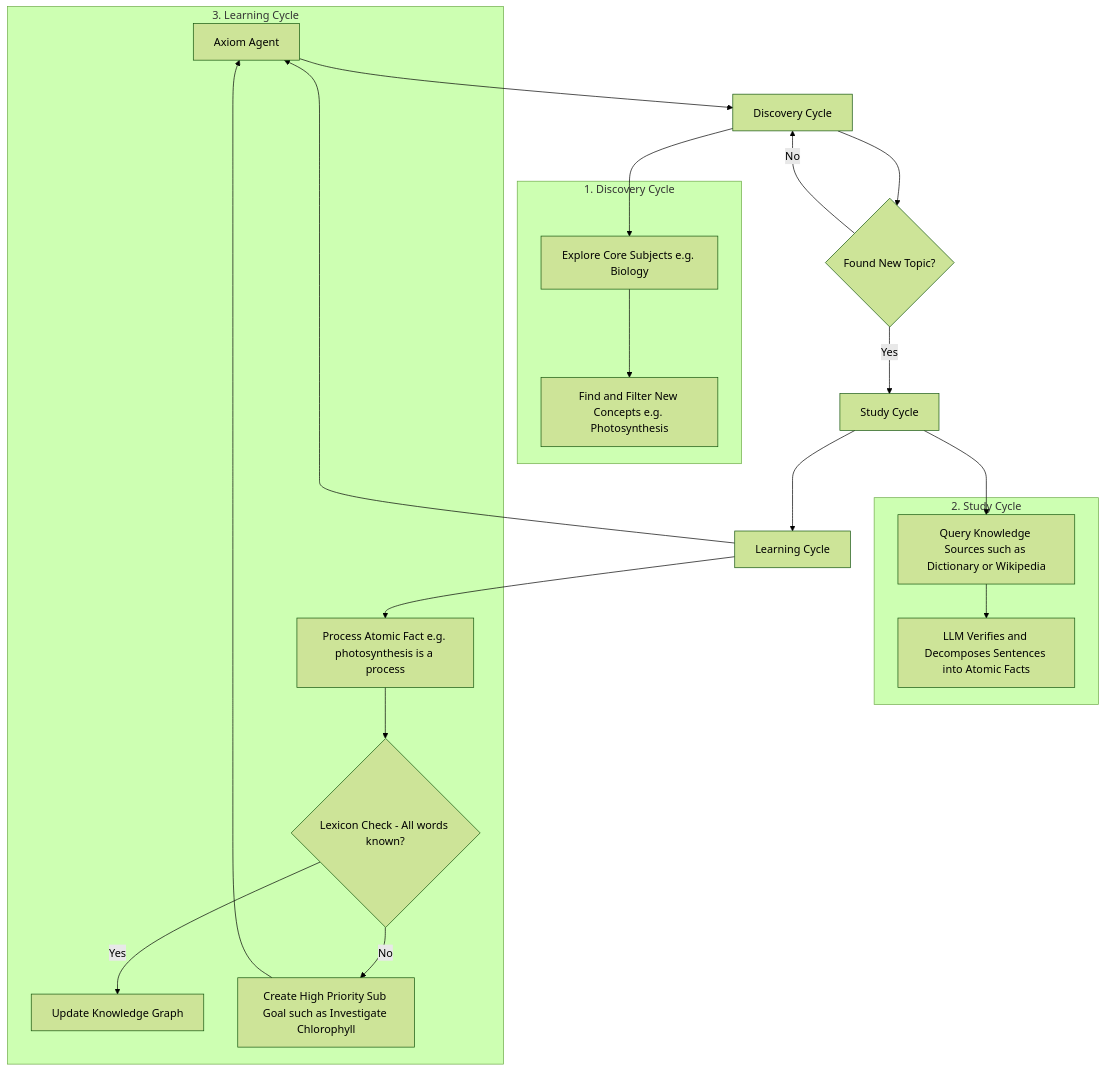
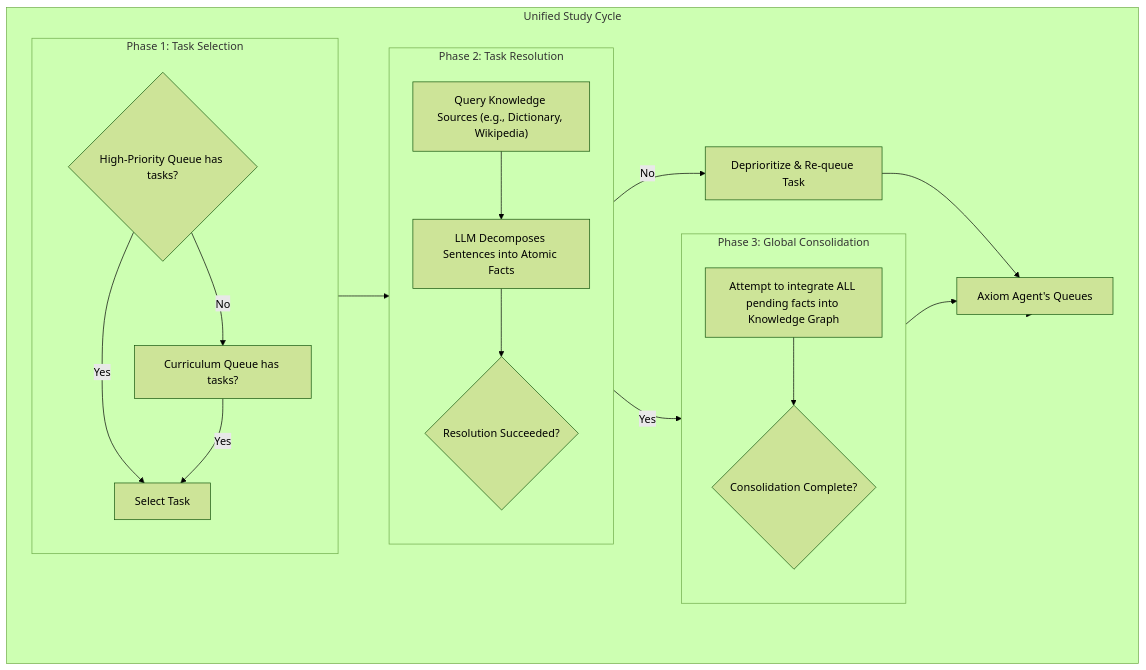
One commit to vicsanity623/Axiom-Agent changed the first of 3 diagrams in README.md. Above: the diagram before and after it, drawn with Mermaid. The commit also changed other lines of this file and 3 other files, not shown here.

````diff
--- a/README.md
+++ b/README.md
@@ -44,35 +45,40 @@
 ```mermaid
 %%{init: {"theme": "forest"}}%%
 flowchart TD
-    A["Axiom Agent"] --> B[Discovery Cycle]
-    B --> C{Found New Topic?}
-    C -- Yes --> D[Study Cycle]
-    C -- No --> B
-    D --> E[Learning Cycle]
-    E --> A
+    A["Axiom Agent's Queues"] --> B[Study Cycle]
+    
+    subgraph B ["Unified Study Cycle"]
+        direction LR
+        
+        subgraph Phase1 [Phase 1: Task Selection]
+            direction TB
+            T1{"High-Priority Queue has tasks?"}
+            T2["Curriculum Queue has tasks?"]
+            T3["Select Task"]
+            T1 -- No --> T2
+            T1 -- Yes --> T3
+            T2 -- Yes --> T3
+        end
 
-    subgraph DISCOVERY ["1. Discovery Cycle"]
-        B1[Explore Core Subjects e.g. Biology]
-        B2[Find and Filter New Concepts e.g. Photosynthesis]
-        B1 --> B2
+        subgraph Phase2 [Phase 2: Task Resolution]
+            direction TB
+            R1["Query Knowledge Sources (e.g., Dictionary, Wikipedia)"]
+            R2["LLM Decomposes Sentences into Atomic Facts"]
+            R3{Resolution Succeeded?}
+            R1 --> R2 --> R3
+        end
+
+        subgraph Phase3 [Phase 3: Global Consolidation]
+            direction TB
+            C1["Attempt to integrate ALL pending facts into Knowledge Graph"]
+            C2{Consolidation Complete?}
+            C1 --> C2
+        end
+        
+        Phase1 --> Phase2
+        R3 -- Yes --> Phase3
+        R3 -- No --> R4[Deprioritize & Re-queue Task]
+        R4 --> A
+        Phase3 --> A
     end
-    
-    subgraph STUDY ["2. Study Cycle"]
-        S1[Query Knowledge Sources such as Dictionary or Wikipedia]
-        S2[LLM Verifies and Decomposes Sentences into Atomic Facts]
-        S1 --> S2
-    end
-
-    subgraph LEARN ["3. Learning Cycle"]
-        L1[Process Atomic Fact e.g. photosynthesis is a process]
-        L2{Lexicon Check - All words known?}
-        L1 --> L2
-        L2 -- Yes --> L3[Update Knowledge Graph]
-        L2 -- No --> L4[Create High Priority Sub Goal such as Investigate Chlorophyll]
-        L4 --> A
-    end
-    
-    B --> B1
-    D --> S1
-    E --> L1
 ```
````
